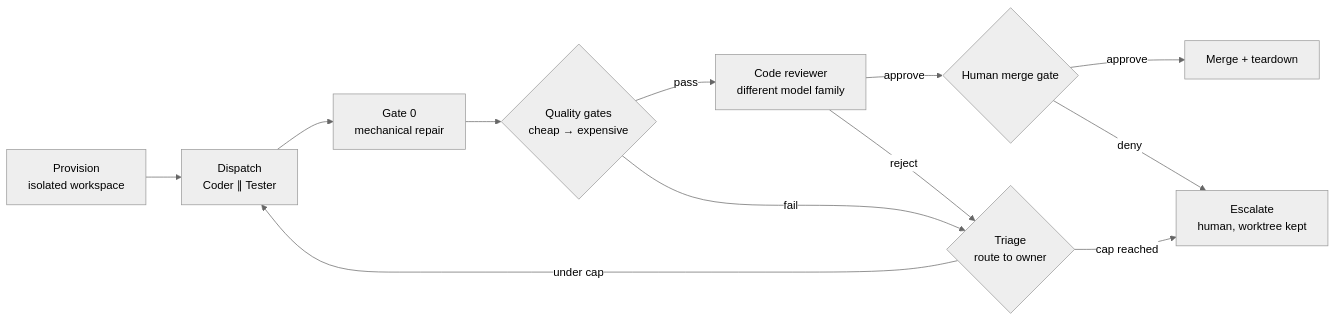
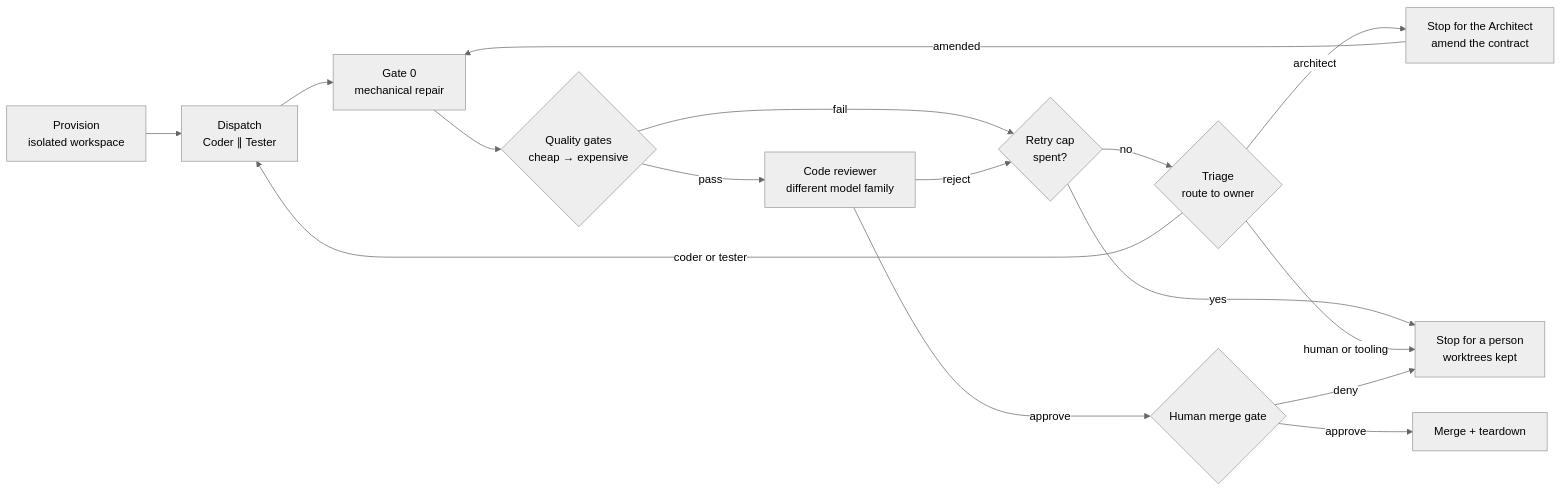
One commit to ontopro/clojure-agent-kit changed the third of 3 diagrams in method.md. Above: the diagram before and after it, drawn with Mermaid (neutral theme). The commit also changed other lines of this file and 10 other files, not shown here.

````diff
--- a/method.md
+++ b/method.md
@@ -907,14 +907,18 @@
 ```mermaid
 flowchart LR
     A["Provision<br/>isolated workspace"] --> B["Dispatch<br/>Coder ∥ Tester"]
     B --> C["Gate 0<br/>mechanical repair"]
     C --> D{"Quality gates<br/>cheap → expensive"}
     D -- pass --> E["Code reviewer<br/>different model family"]
-    D -- fail --> F{"Triage<br/>route to owner"}
-    F -- under cap --> B
-    F -- cap reached --> H["Escalate<br/>human, worktree kept"]
+    D -- fail --> K{"Retry cap<br/>spent?"}
+    E -- reject --> K
+    K -- no --> F{"Triage<br/>route to owner"}
+    K -- yes --> H["Stop for a person<br/>worktrees kept"]
+    F -- coder or tester --> B
+    F -- architect --> J["Stop for the Architect<br/>amend the contract"]
+    J -- amended --> C
+    F -- human or tooling --> H
     E -- approve --> G{"Human merge gate"}
-    E -- reject --> F
     G -- approve --> I["Merge + teardown"]
     G -- deny --> H
 ```
````
